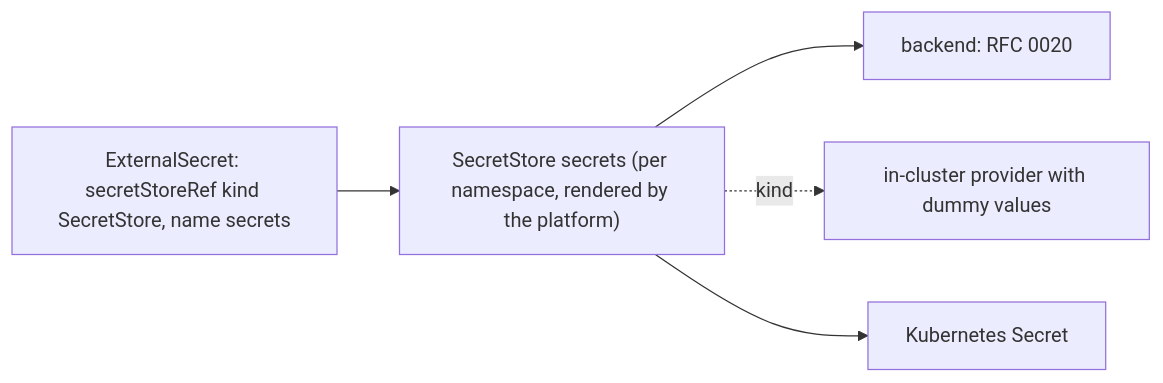
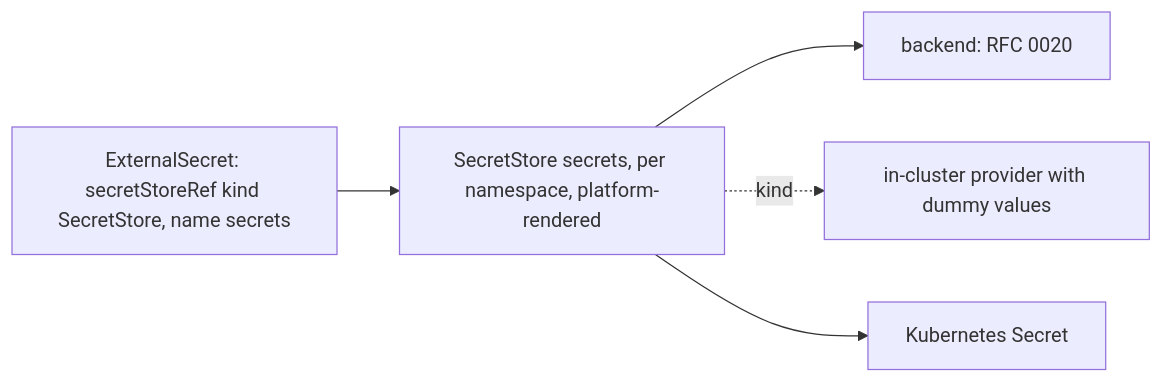
One commit to gsuquet/infra changed the diagram in docs/rfc/0016-secret-store-named-secrets.md. Above: the diagram before and after it, drawn with Mermaid. The commit also changed other lines of this file and 37 other files, not shown here.

````diff
--- a/docs/rfc/0016-secret-store-named-secrets.md
+++ b/docs/rfc/0016-secret-store-named-secrets.md
@@ -77,7 +82,7 @@
 ```mermaid
 flowchart LR
-    ES["ExternalSecret: secretStoreRef kind SecretStore, name secrets"] --> SS["SecretStore secrets (per namespace, rendered by the platform)"]
+    ES["ExternalSecret: secretStoreRef kind SecretStore, name secrets"] --> SS["SecretStore secrets, per namespace, platform-rendered"]
     SS --> BE["backend: RFC 0020"]
     SS -.->|"kind"| KINDSTORE["in-cluster provider with dummy values"]
     SS --> S["Kubernetes Secret"]
 ```
````
